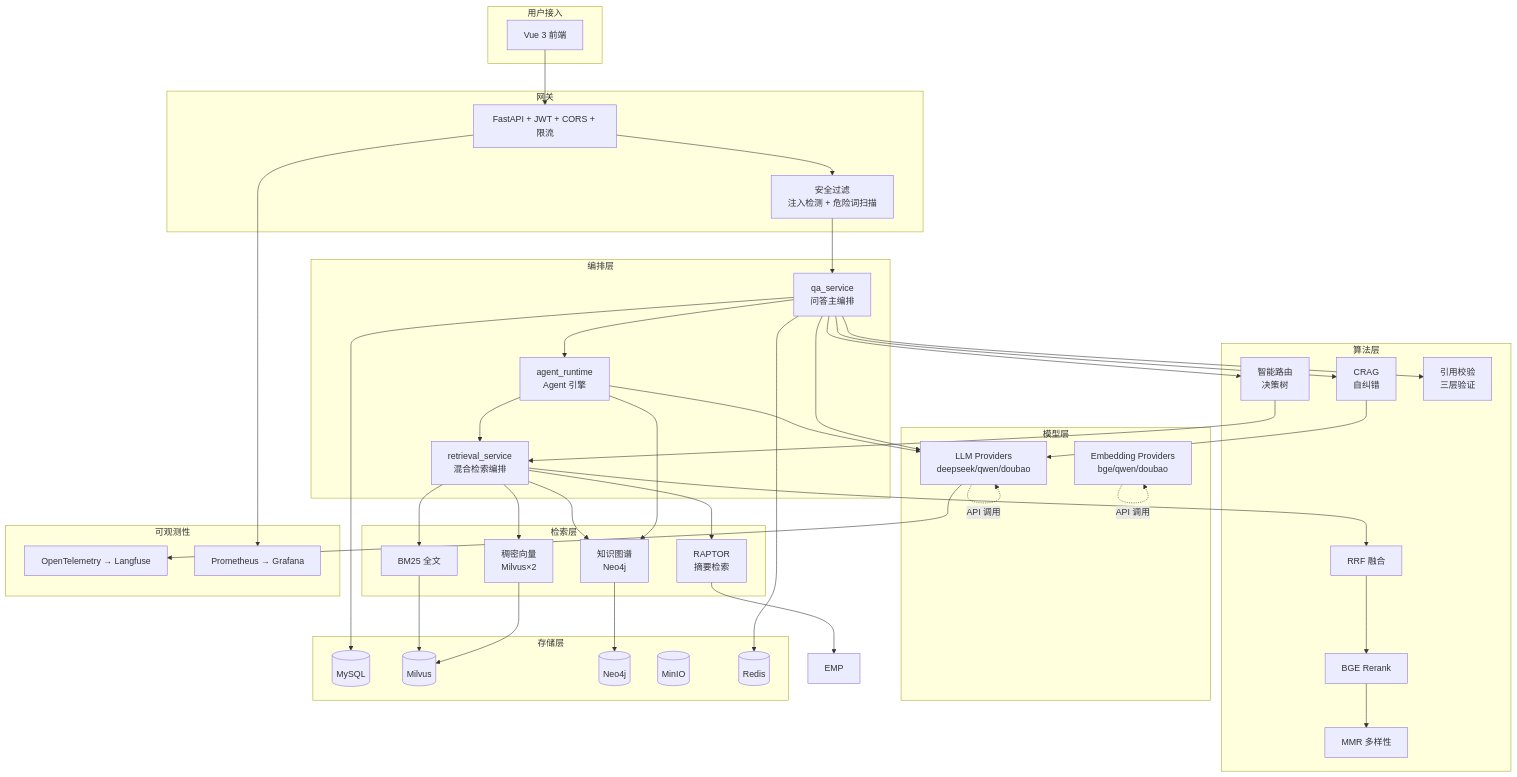
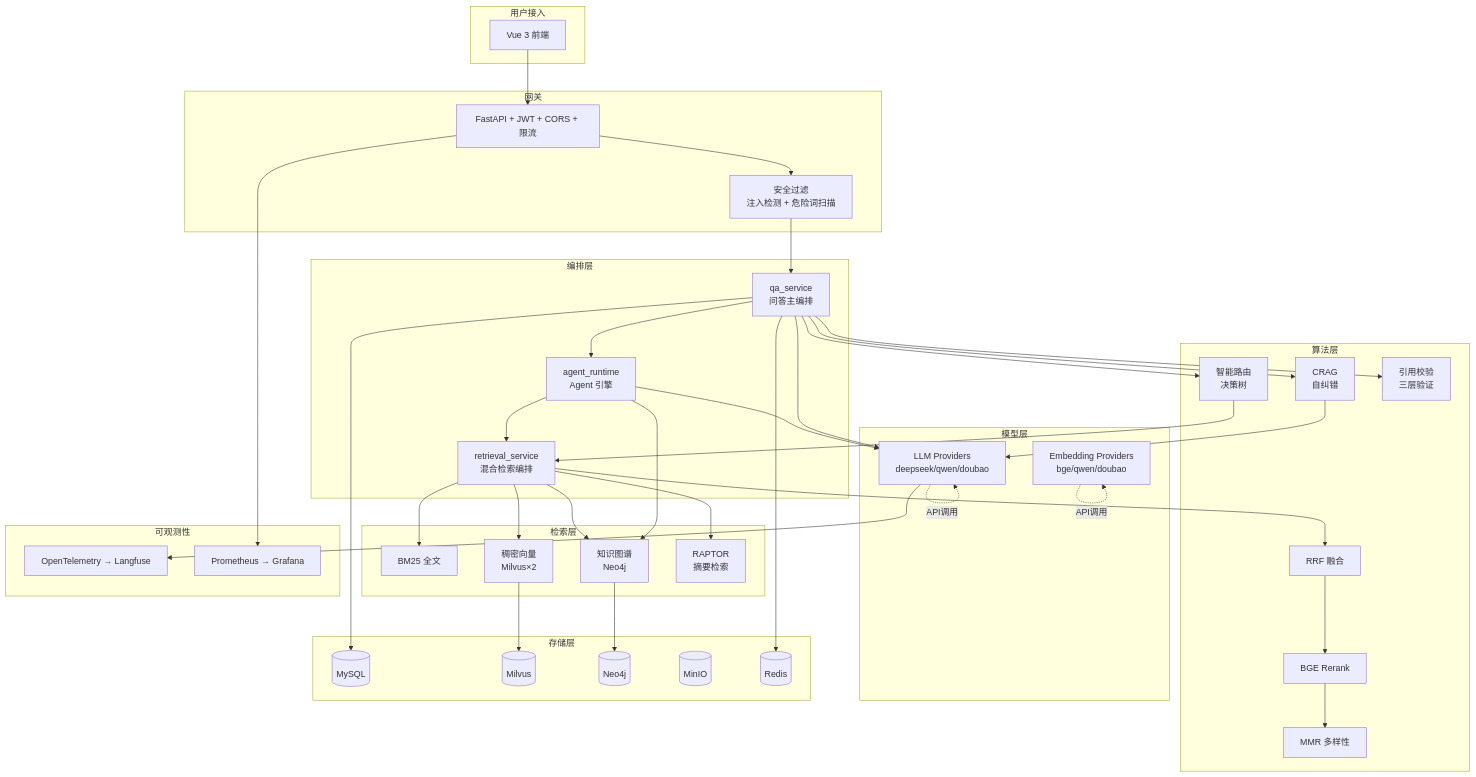
Before and after one commit to wly-163/grid-qa: the second of 2 diagrams in 项目技术架构分析.md, drawn with Mermaid. The commit also changed other lines of this file, not shown here.

First line of the commit message:
fix: 修复 Mermaid 时序图和模块关系图语法错误

````diff
--- a/项目技术架构分析.md
+++ b/项目技术架构分析.md
@@ -751,72 +642,78 @@
 ```mermaid
 flowchart TB
     subgraph 用户接入
-        UI[Vue 3 前端]
+        UI["Vue 3 前端"]
     end
 
     subgraph 网关
-        GW[FastAPI + JWT + CORS + 限流]
-        SF[安全过滤<br/>注入检测 + 危险词扫描]
+        GW["FastAPI + JWT + CORS + 限流"]
+        SF["安全过滤<br>注入检测 + 危险词扫描"]
     end
 
     subgraph 编排层
-        QA[qa_service<br/>问答主编排]
-        RV[retrieval_service<br/>混合检索编排]
-        AG[agent_runtime<br/>Agent 引擎]
+        QA["qa_service<br>问答主编排"]
+        RV["retrieval_service<br>混合检索编排"]
+        AG["agent_runtime<br>Agent 引擎"]
     end
 
     subgraph 检索层
-        BM[BM25 全文]
-        DENSE[稠密向量<br/>Milvus×2]
-        GRAPH[知识图谱<br/>Neo4j]
-        RAPTORI[RAPTOR<br/>摘要检索]
+        BM["BM25 全文"]
+        DENSE["稠密向量<br>Milvus×2"]
+        GRAPH["知识图谱<br>Neo4j"]
+        RAPTORI["RAPTOR<br>摘要检索"]
     end
 
     subgraph 算法层
-        RT[智能路由<br/>决策树]
-        CRG[CRAG<br/>自纠错]
-        MMR_[MMR 多样性]
-        RRF_[RRF 融合]
-        RERANK[BGE Rerank]
-        CIT[引用校验<br/>三层验证]
+        RT["智能路由<br>决策树"]
+        CRG["CRAG<br>自纠错"]
+        MMR_["MMR 多样性"]
+        RRF_["RRF 融合"]
+        RERANK["BGE Rerank"]
+        CIT["引用校验<br>三层验证"]
     end
 
     subgraph 模型层
-        LLM[LLM Providers<br/>deepseek/qwen/doubao]
-        EMB[Embedding Providers<br/>bge/qwen/doubao]
+        LLM["LLM Providers<br>deepseek/qwen/doubao"]
+        EMB["Embedding Providers<br>bge/qwen/doubao"]
     end
 
     subgraph 存储层
-        MYSQL[(MySQL)]
-        MILVUS[(Milvus)]
-        NEO4J[(Neo4j)]
-        MINIO[(MinIO)]
-        REDIS[(Redis)]
+        MYSQL[("MySQL")]
+        MILVUS[("Milvus")]
+        NEO4J[("Neo4j")]
+        MINIO[("MinIO")]
+        REDIS[("Redis")]
     end
 
     subgraph 可观测性
-        OTEL[OpenTelemetry → Langfuse]
-        PROM[Prometheus → Grafana]
+        OTEL["OpenTelemetry → Langfuse"]
+        PROM["Prometheus → Grafana"]
     end
 
     UI --> GW --> SF --> QA
-    QA --> RT --> RV
+    QA --> RT
+    RT --> RV
     QA --> CRG
     QA --> AG
-    RV --> BM & DENSE & GRAPH & RAPTORI
-    RV --> RRF_ --> RERANK --> MMR_
-    BM --> MILVUS
+    RV --> BM
+    RV --> DENSE
+    RV --> GRAPH
+    RV --> RAPTORI
+    RV --> RRF_
+    RRF_ --> RERANK
+    RERANK --> MMR_
     DENSE --> MILVUS
     GRAPH --> NEO4J
-    RAPTORI --> EMP
     CRG --> LLM
     AG --> LLM
-    AG --> RV & GRAPH
+    AG --> RV
+    AG --> GRAPH
     QA --> LLM
     QA --> CIT
-    QA --> REDIS & MYSQL
+    QA --> REDIS
+    QA --> MYSQL
     GW --> PROM
     LLM --> OTEL
-    LLM -.->|API 调用| LLM
-    EMB -.->|API 调用| EMB
+    LLM -.->|"API调用"| LLM
+    EMB -.->|"API调用"| EMB
 ```
````
